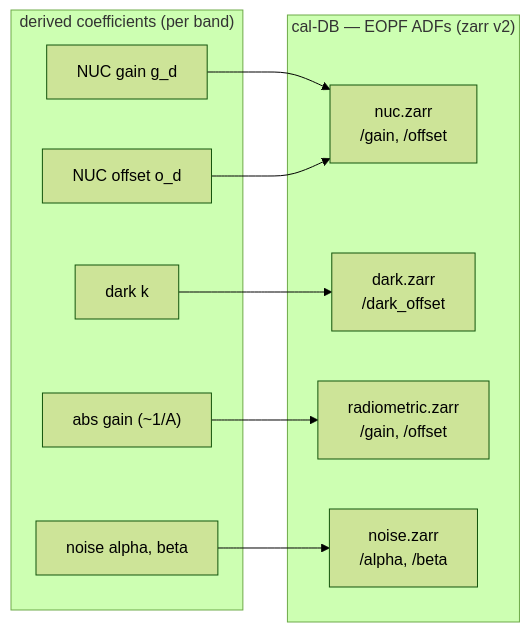
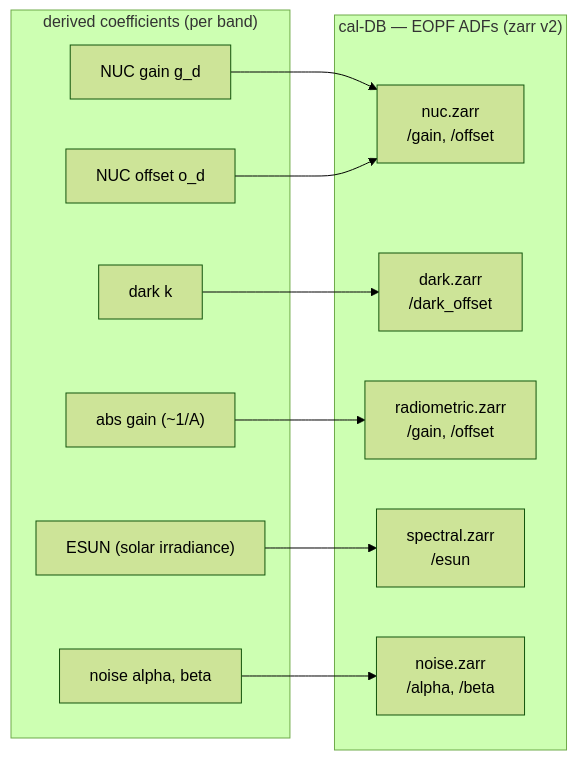
One commit to AstroCan17/s2-msi-raw-generator changed the second of 2 diagrams in docs/dpm/context.md. Above: the diagram before and after it, drawn with Mermaid (forest theme). The commit also changed other lines of this file and 8 other files, not shown here.

First line of the commit message:
feat: ESUN spectral ADF (spectral.zarr) for TOA reflectance

````diff
--- a/docs/dpm/context.md
+++ b/docs/dpm/context.md
@@ -58,21 +58,24 @@
 ```mermaid
 flowchart LR
     subgraph SRC["derived coefficients (per band)"]
         PR["NUC gain g_d"]
         OF["NUC offset o_d"]
         DK["dark k"]
         AA["abs gain (~1/A)"]
+        ES["ESUN (solar irradiance)"]
         NO["noise alpha, beta"]
     end
     subgraph DB["cal-DB — EOPF ADFs (zarr v2)"]
         NUC["nuc.zarr<br/>/gain, /offset"]
         DARK["dark.zarr<br/>/dark_offset"]
         RADO["radiometric.zarr<br/>/gain, /offset"]
+        SPECT["spectral.zarr<br/>/esun"]
         NOI["noise.zarr<br/>/alpha, /beta"]
     end
     PR --> NUC
     OF --> NUC
     DK --> DARK
     AA --> RADO
+    ES --> SPECT
     NO --> NOI
 ```
````
